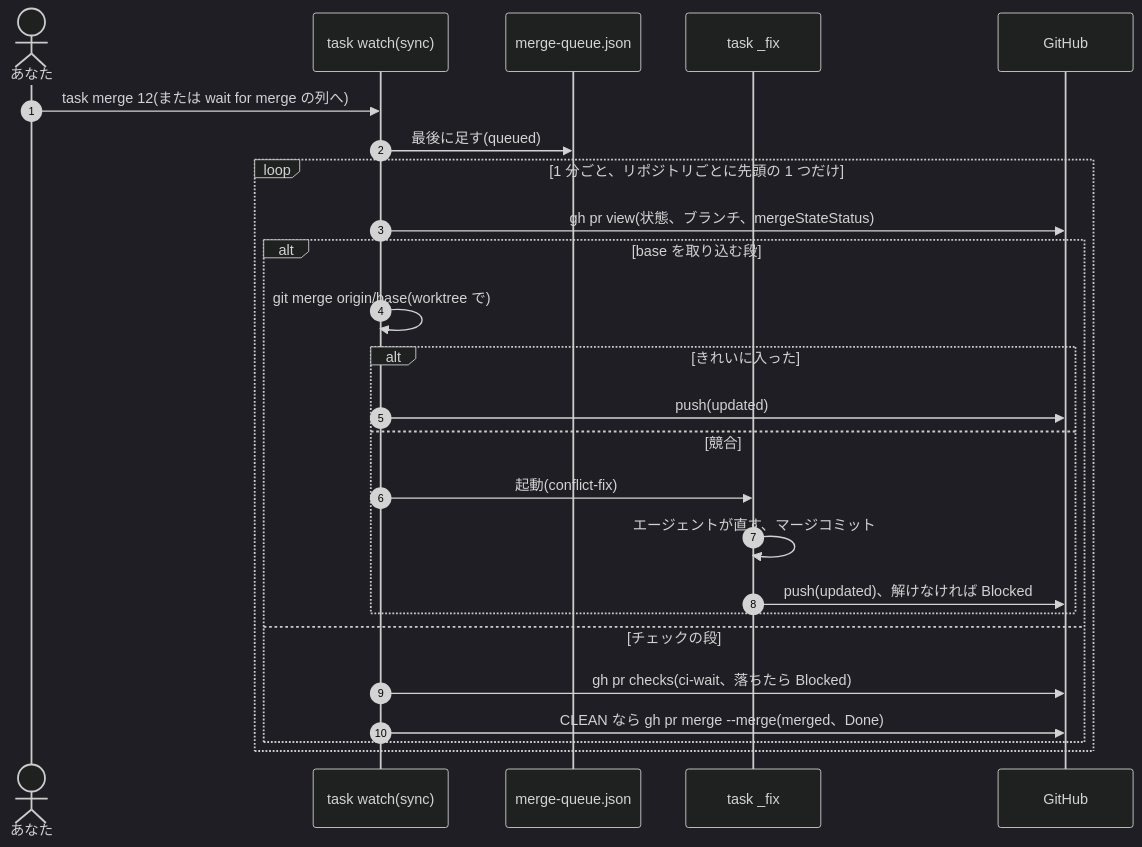
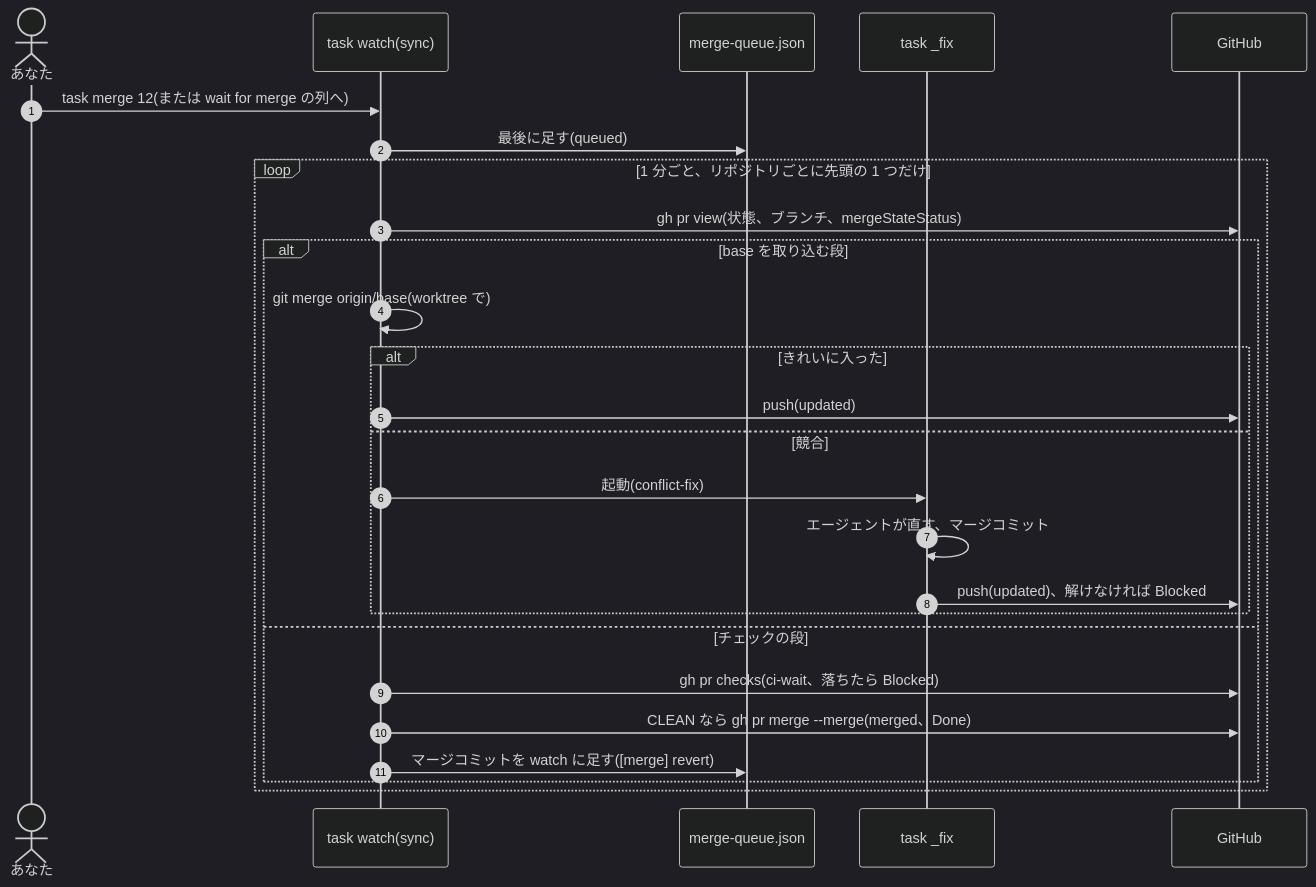
One commit to jyoka/task-hub changed the seventh of 9 diagrams in docs/architecture/hld.md. Above: the diagram before and after it, drawn with Mermaid (dark theme). The commit also changed other lines of this file and 8 other files, not shown here.

Commit message:
task 19: Merge pipeline (4/4): revert PR when main goes red

````diff
--- a/docs/architecture/hld.md
+++ b/docs/architecture/hld.md
@@ -236,27 +236,28 @@
 ```mermaid
 sequenceDiagram
     autonumber
     actor You as あなた
     participant Task as task watch(sync)
     participant Q as merge-queue.json
     participant Fix as task _fix
     participant GH as GitHub
     You->>Task: task merge 12(または wait for merge の列へ)
     Task->>Q: 最後に足す(queued)
     loop 1 分ごと、リポジトリごとに先頭の 1 つだけ
         Task->>GH: gh pr view(状態、ブランチ、mergeStateStatus)
         alt base を取り込む段
             Task->>Task: git merge origin/base(worktree で)
             alt きれいに入った
                 Task->>GH: push(updated)
             else 競合
                 Task->>Fix: 起動(conflict-fix)
                 Fix->>Fix: エージェントが直す、マージコミット
                 Fix->>GH: push(updated)、解けなければ Blocked
             end
         else チェックの段
             Task->>GH: gh pr checks(ci-wait、落ちたら Blocked)
             Task->>GH: CLEAN なら gh pr merge --merge(merged、Done)
+            Task->>Q: マージコミットを watch に足す([merge] revert)
         end
     end
 ```
````
